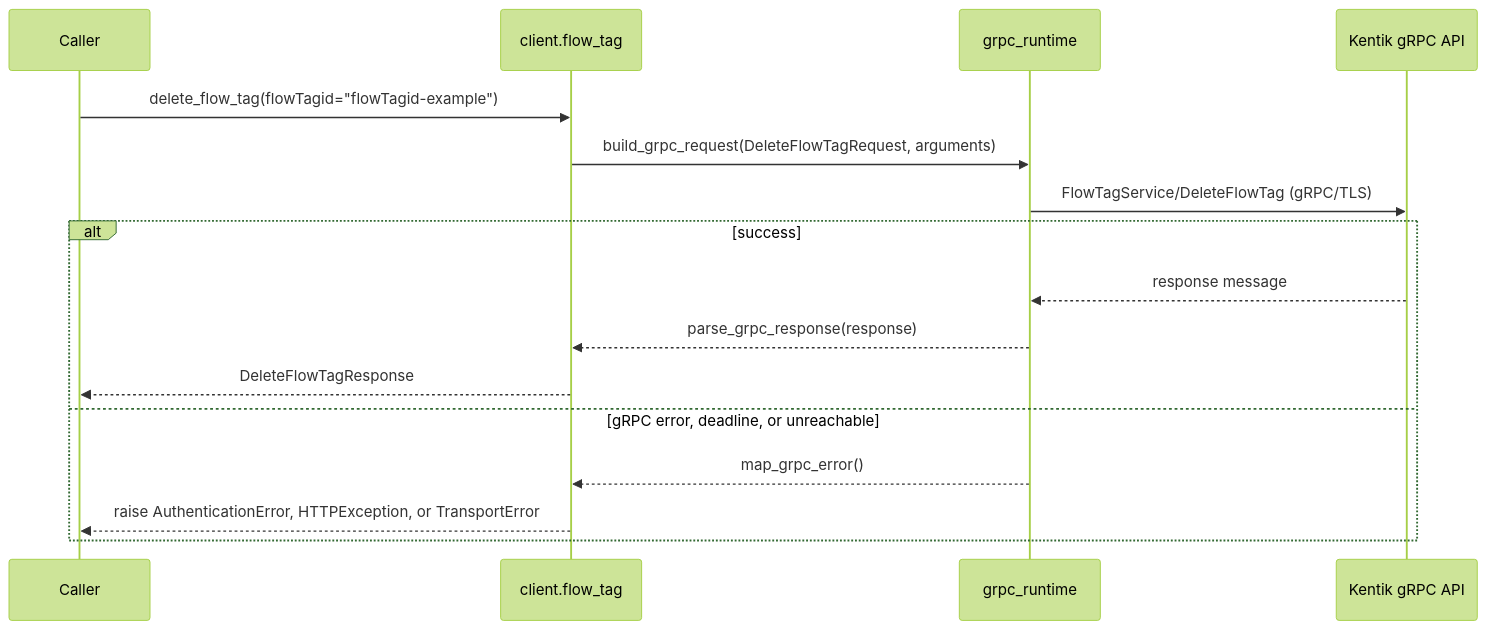
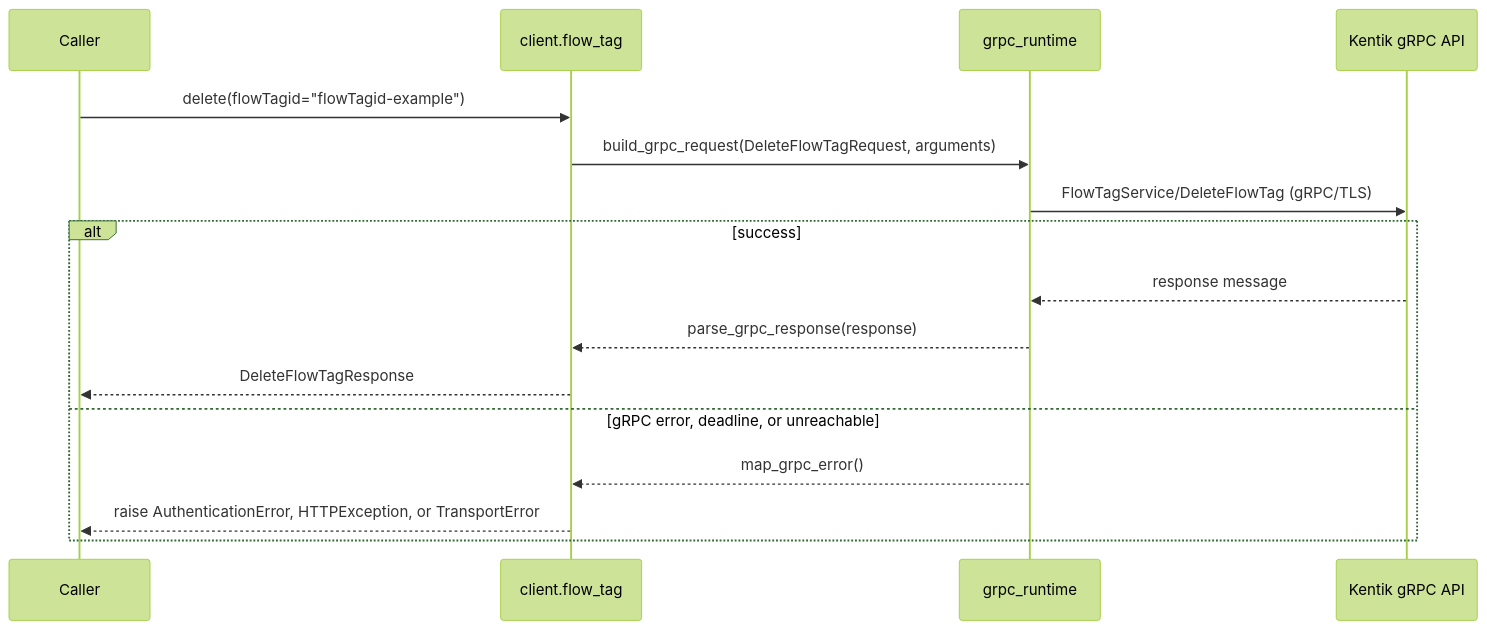
Before and after one commit to alexdearaujo/community_sdk_python: diagram 11 of 12 in docs/sphinx/services/flow_tag.md, drawn with Mermaid (forest theme). The commit also changed other lines of this file and 119 other files, not shown here.

````diff
--- a/docs/sphinx/services/flow_tag.md
+++ b/docs/sphinx/services/flow_tag.md
@@ -369,19 +369,19 @@
 ```mermaid
 sequenceDiagram
     participant C as Caller
     participant W as client.flow_tag
     participant R as grpc_runtime
     participant API as Kentik gRPC API
 
-    C->>W: delete_flow_tag(flowTagid="flowTagid-example")
+    C->>W: delete(flowTagid="flowTagid-example")
     W->>R: build_grpc_request(DeleteFlowTagRequest, arguments)
     R->>API: FlowTagService/DeleteFlowTag (gRPC/TLS)
     alt success
         API-->>R: response message
         R-->>W: parse_grpc_response(response)
         W-->>C: DeleteFlowTagResponse
     else gRPC error, deadline, or unreachable
         R-->>W: map_grpc_error()
         W-->>C: raise AuthenticationError, HTTPException, or TransportError
     end
 ```
````
